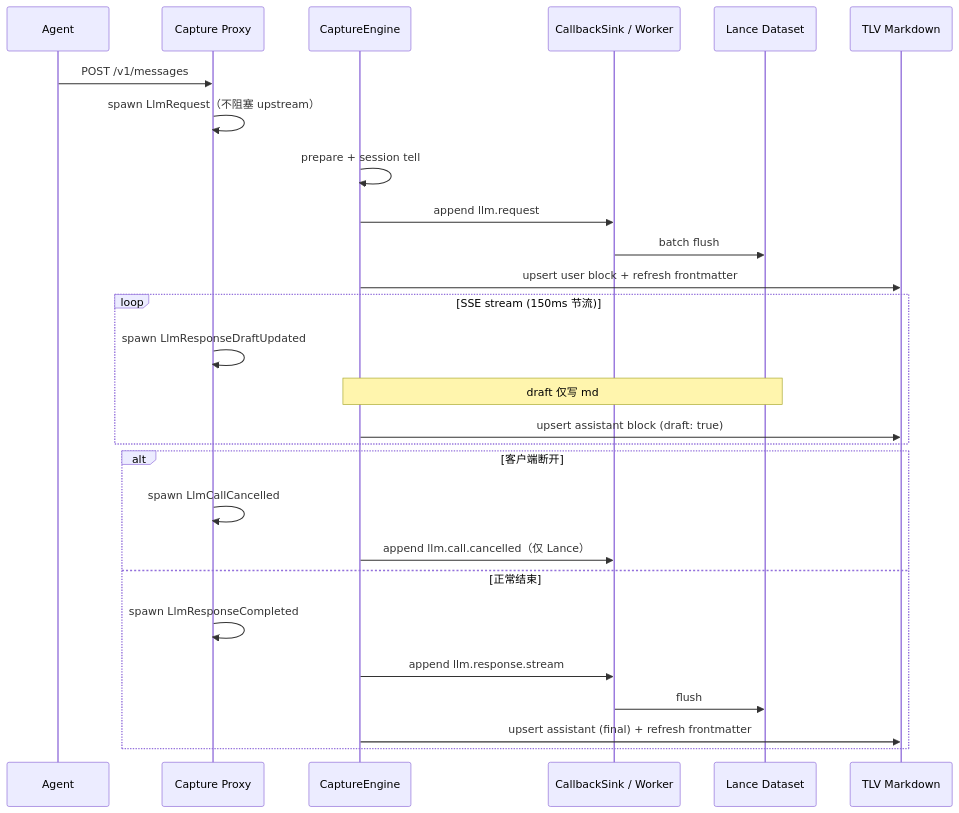
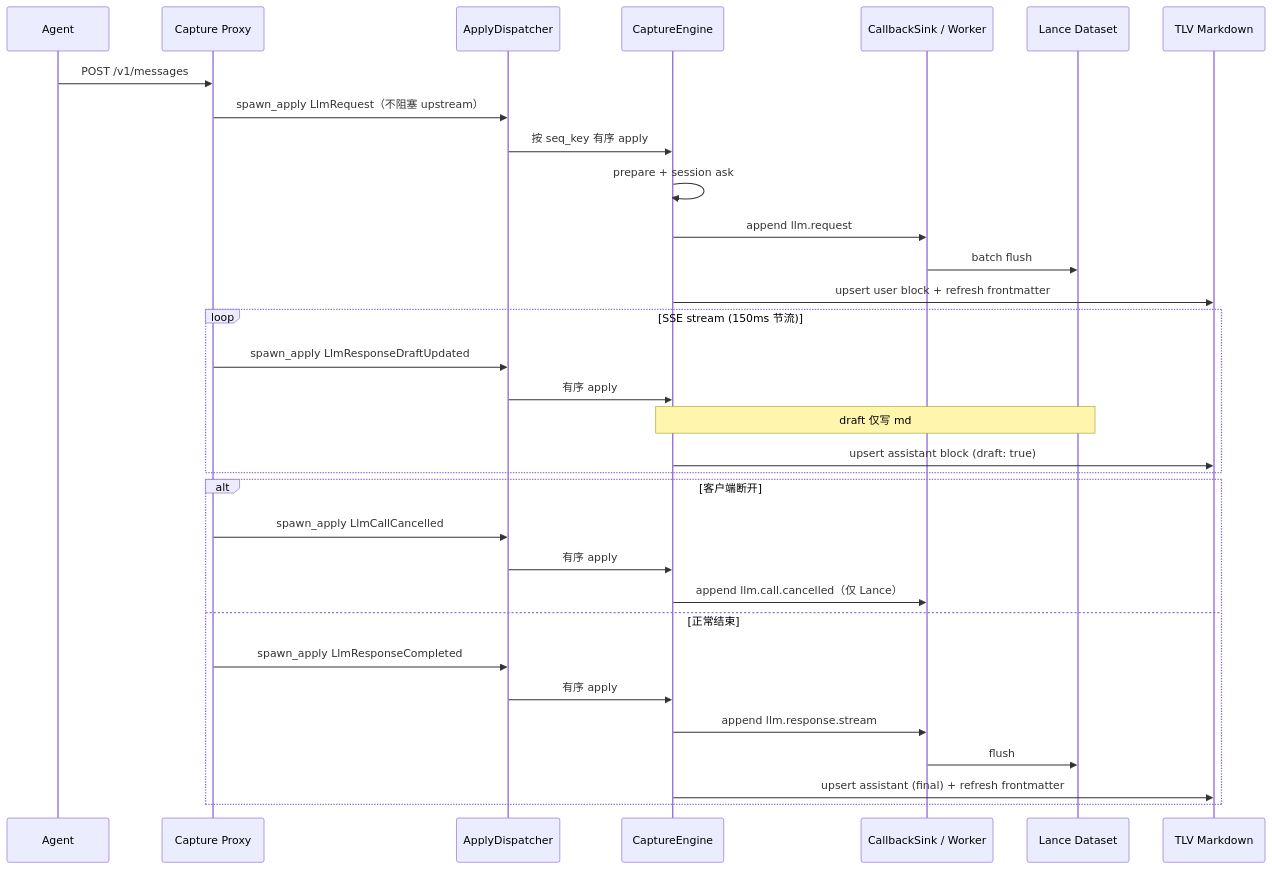
One commit to DeepLink-org/Persisting changed the second of 5 diagrams in docs/src/design/trajectory_storage.zh.md. Above: the diagram before and after it, drawn with Mermaid. The commit also changed other lines of this file and 243 other files, not shown here.

````diff
--- a/docs/src/design/trajectory_storage.zh.md
+++ b/docs/src/design/trajectory_storage.zh.md
@@ -98,33 +103,38 @@
 ```mermaid
 sequenceDiagram
     participant Agent
     participant Proxy as Capture Proxy
+    participant Queue as ApplyDispatcher
     participant Engine as CaptureEngine
     participant Sink as CallbackSink / Worker
     participant Lance as Lance Dataset
     participant MD as TLV Markdown
 
     Agent->>Proxy: POST /v1/messages
 
-    Proxy->>Proxy: spawn LlmRequest（不阻塞 upstream）
-    Engine->>Engine: prepare + session tell
+    Proxy->>Queue: spawn_apply LlmRequest（不阻塞 upstream）
+    Queue->>Engine: 按 seq_key 有序 apply
+    Engine->>Engine: prepare + session ask
     Engine->>Sink: append llm.request
     Sink->>Lance: batch flush
     Engine->>MD: upsert user block + refresh frontmatter
 
     loop SSE stream (150ms 节流)
-        Proxy->>Proxy: spawn LlmResponseDraftUpdated
+        Proxy->>Queue: spawn_apply LlmResponseDraftUpdated
+        Queue->>Engine: 有序 apply
         Note over Engine,Lance: draft 仅写 md
         Engine->>MD: upsert assistant block (draft: true)
     end
 
     alt 客户端断开
-        Proxy->>Proxy: spawn LlmCallCancelled
+        Proxy->>Queue: spawn_apply LlmCallCancelled
+        Queue->>Engine: 有序 apply
         Engine->>Sink: append llm.call.cancelled（仅 Lance）
     else 正常结束
-        Proxy->>Proxy: spawn LlmResponseCompleted
+        Proxy->>Queue: spawn_apply LlmResponseCompleted
+        Queue->>Engine: 有序 apply
         Engine->>Sink: append llm.response.stream
         Sink->>Lance: flush
         Engine->>MD: upsert assistant (final) + refresh frontmatter
     end
 ```
````
